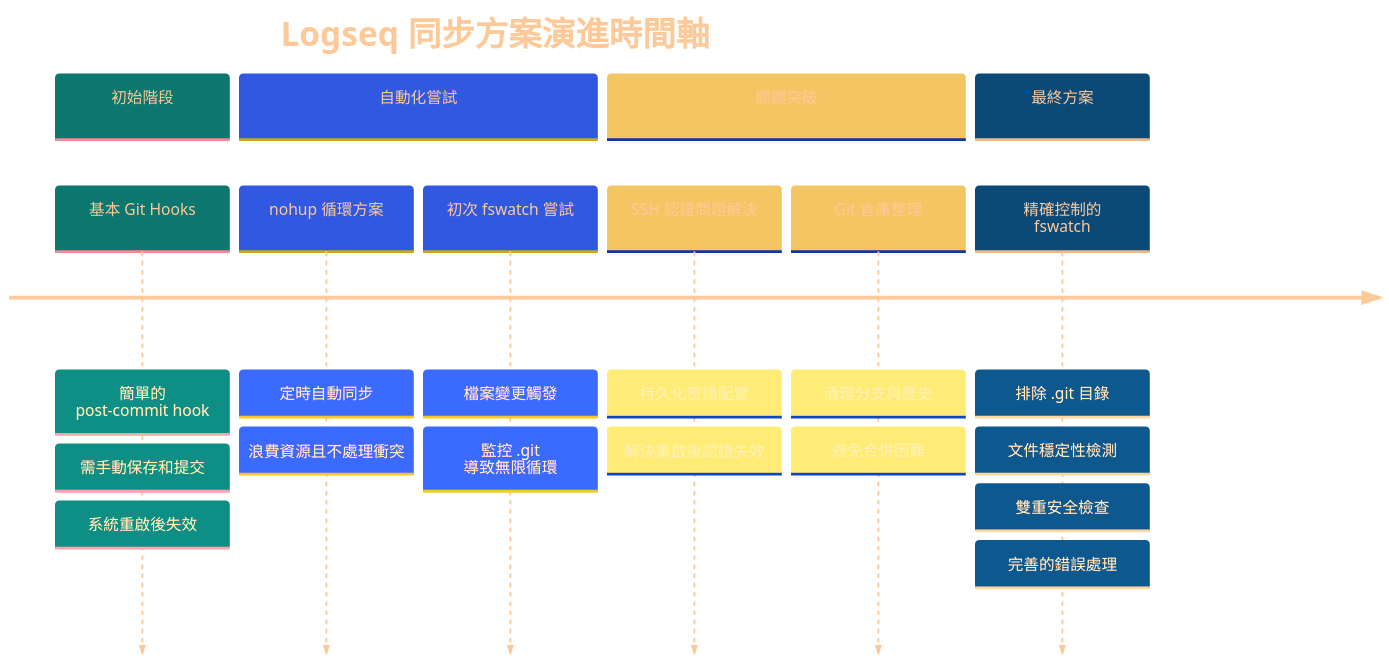
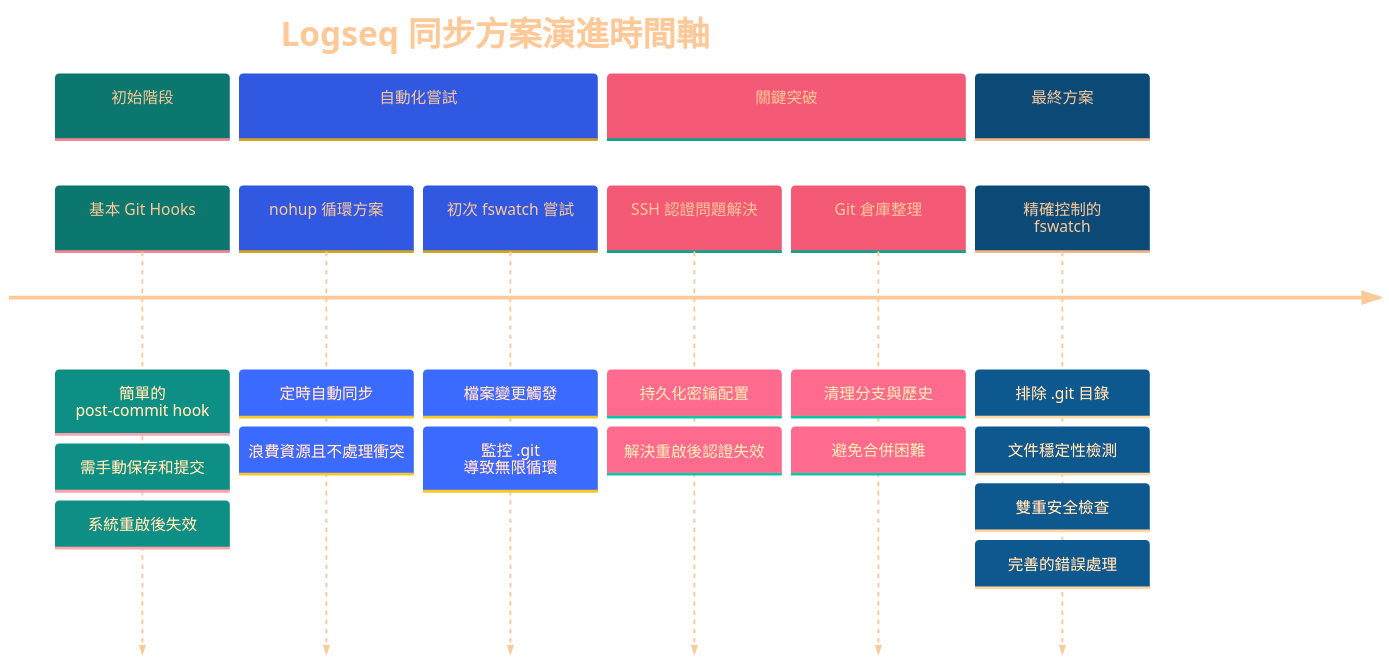
Before and after one commit to GengGeng026/Sync-Logseq: the first of 2 diagrams in Logseq同步方案演進記錄.md, drawn with Mermaid.

Commit message:
Auto-sync: Wed Mar 26 10:12:52 +08 2025

````diff
--- a/Logseq同步方案演進記錄.md
+++ b/Logseq同步方案演進記錄.md
@@ -24,38 +24,38 @@
 ```mermaid
 %%{init: {
   'theme': 'base', 
   'themeVariables': {
     'primaryTextColor': '#FEC999',
     'primaryColor': '#19E9D9',
     'secondaryColor': '#A0B2F1',
-    'tertiaryColor': '#FCF1D9',
+    'tertiaryColor': '#FCD1D9',
     'primaryBorderColor': '#A9D9D9',
     'background': 'transparent',
     'clusterBkg': 'transparent',
     'fontFamily': 'default',
     'fontSize': '17px',
     'fontWeight': 'normal'
   }
 }}%%
 timeline
     title Logseq 同步方案演進時間軸
     section 初始階段
         基本 Git Hooks : 簡單的 post-commit hook
         : 需手動保存和提交
         : 系統重啟後失效
     section 自動化嘗試
         nohup 循環方案 : 定時自動同步
         : 浪費資源且不處理衝突
         初次 fswatch 嘗試 : 檔案變更觸發
         : 監控 .git 導致無限循環
     section 關鍵突破
         SSH 認證問題解決 : 持久化密鑰配置
         : 解決重啟後認證失效
         Git 倉庫整理 : 清理分支與歷史
         : 避免合併困難
     section 最終方案
         精確控制的 fswatch : 排除 .git 目錄
         : 文件穩定性檢測
         : 雙重安全檢查
         : 完善的錯誤處理
 ```
````
